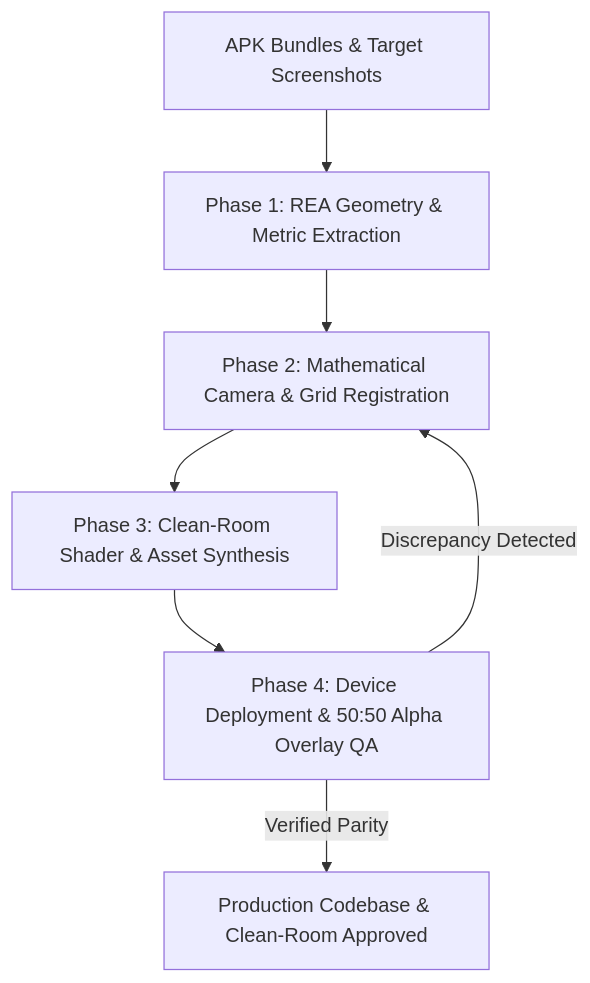
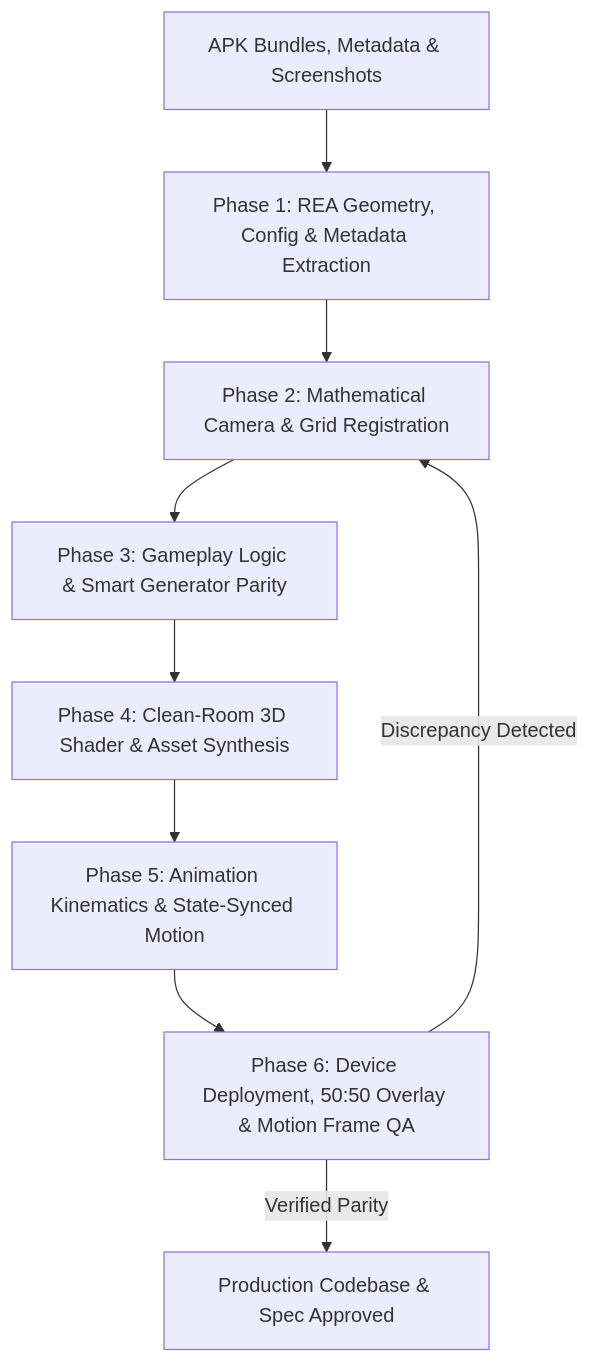
The diagram in rea-screenshot-game-builder/README.md (hwanjongyu/skills), drawn with Mermaid before and after one commit. The commit also changed other lines of this file and 2 other files, not shown here.

Commit message:
docs: enhance README and SKILL documentation for rea-screenshot-game-builder with detailed extraction processes and compliance guidelines

````diff
--- a/rea-screenshot-game-builder/README.md
+++ b/rea-screenshot-game-builder/README.md
@@ -31,9 +33,11 @@
 ```mermaid
 flowchart TD
-    A["APK Bundles & Target Screenshots"] --> B["Phase 1: REA Geometry & Metric Extraction"]
+    A["APK Bundles, Metadata & Screenshots"] --> B["Phase 1: REA Geometry, Config & Metadata Extraction"]
     B --> C["Phase 2: Mathematical Camera & Grid Registration"]
-    C --> D["Phase 3: Clean-Room Shader & Asset Synthesis"]
-    D --> E["Phase 4: Device Deployment & 50:50 Alpha Overlay QA"]
-    E -->|Discrepancy Detected| C
-    E -->|Verified Parity| F["Production Codebase & Clean-Room Approved"]
+    C --> D["Phase 3: Gameplay Logic & Smart Generator Parity"]
+    D --> E["Phase 4: Clean-Room 3D Shader & Asset Synthesis"]
+    E --> F["Phase 5: Animation Kinematics & State-Synced Motion"]
+    F --> G["Phase 6: Device Deployment, 50:50 Overlay & Motion Frame QA"]
+    G -->|Discrepancy Detected| C
+    G -->|Verified Parity| H["Production Codebase & Spec Approved"]
 ```
````
